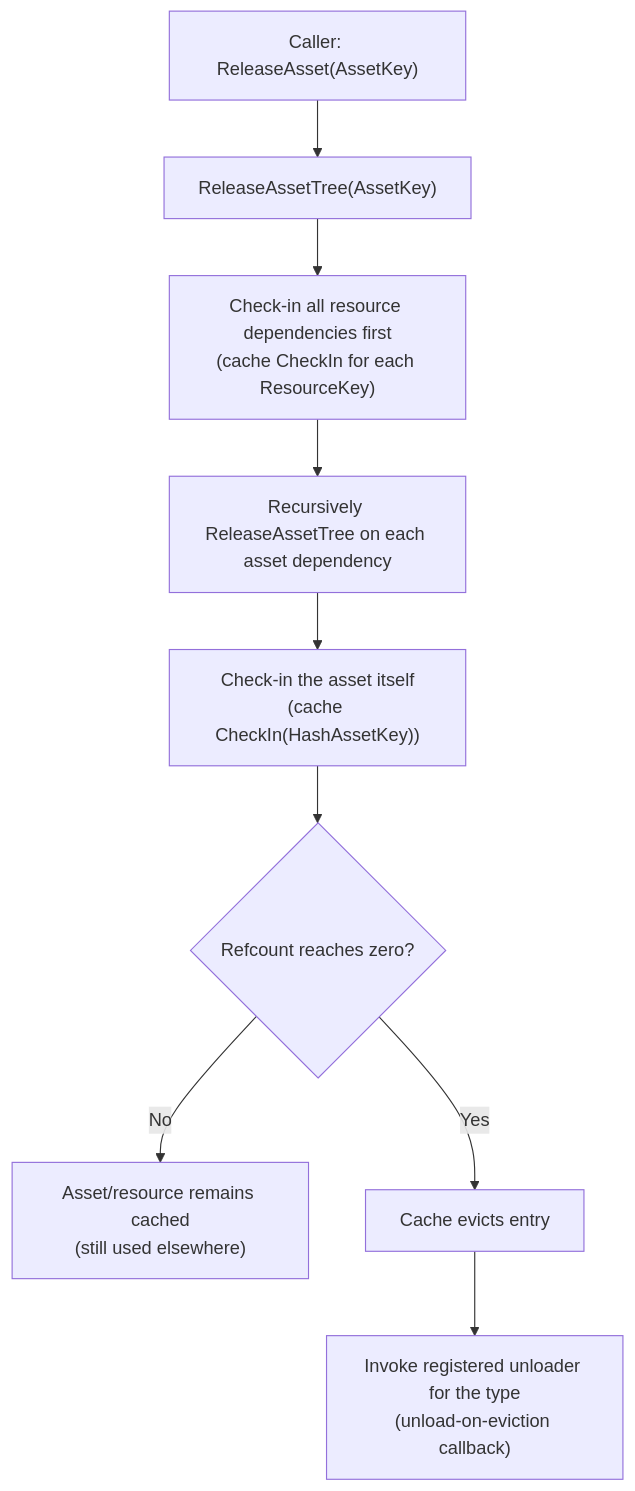
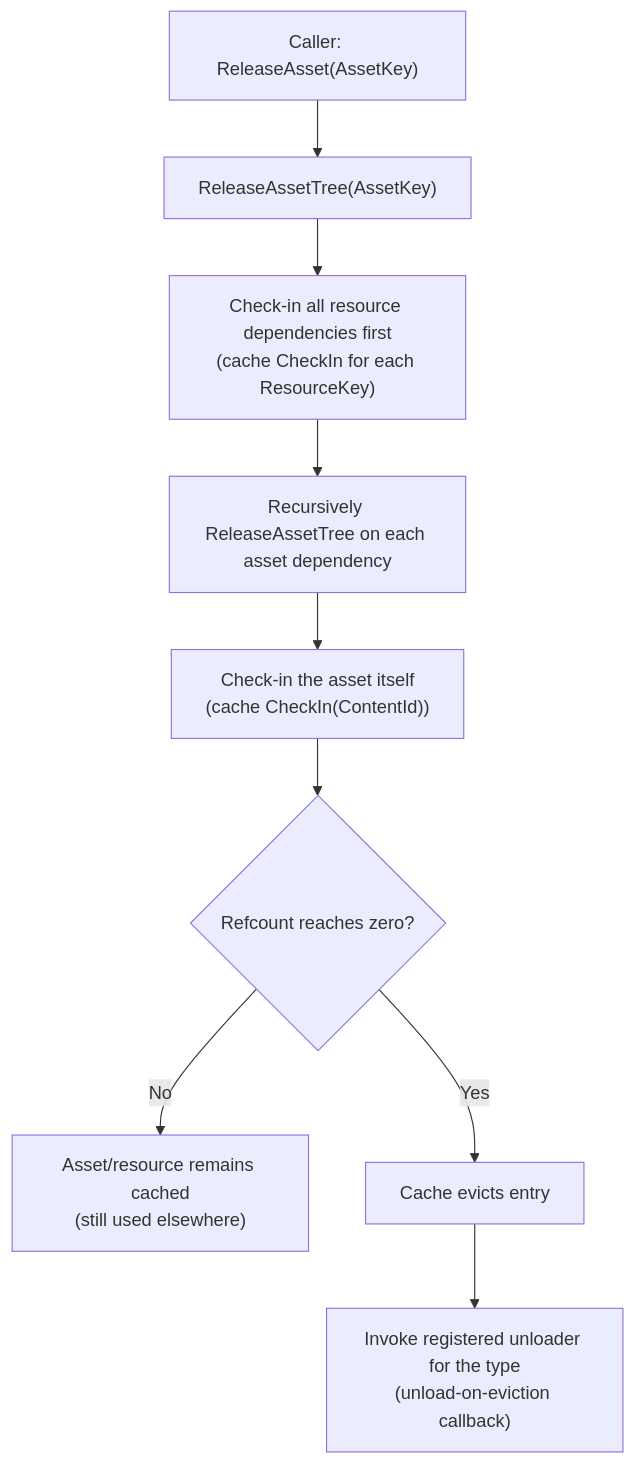
Before and after one commit to abdes/DroidNet: the third of 4 diagrams in projects/Oxygen.Engine/src/Oxygen/Content/Docs/overview.md, drawn with Mermaid. The commit also changed other lines of this file and 84 other files, not shown here.

````diff
--- a/projects/Oxygen.Engine/src/Oxygen/Content/Docs/overview.md
+++ b/projects/Oxygen.Engine/src/Oxygen/Content/Docs/overview.md
@@ -238,11 +205,11 @@
 ```mermaid
 flowchart TD
   A["Caller: ReleaseAsset(AssetKey)"] --> B["ReleaseAssetTree(AssetKey)"]
   B --> C["Check-in all resource dependencies first<br/>(cache CheckIn for each ResourceKey)"]
   C --> D["Recursively ReleaseAssetTree on each asset dependency"]
-  D --> E["Check-in the asset itself<br/>(cache CheckIn(HashAssetKey))"]
+  D --> E["Check-in the asset itself<br/>(cache CheckIn(ContentId))"]
   E --> F{"Refcount reaches zero?"}
   F -- No --> G["Asset/resource remains cached<br/>(still used elsewhere)"]
   F -- Yes --> H["Cache evicts entry"]
   H --> I["Invoke registered unloader for the type<br/>(unload-on-eviction callback)"]
 ```
````
